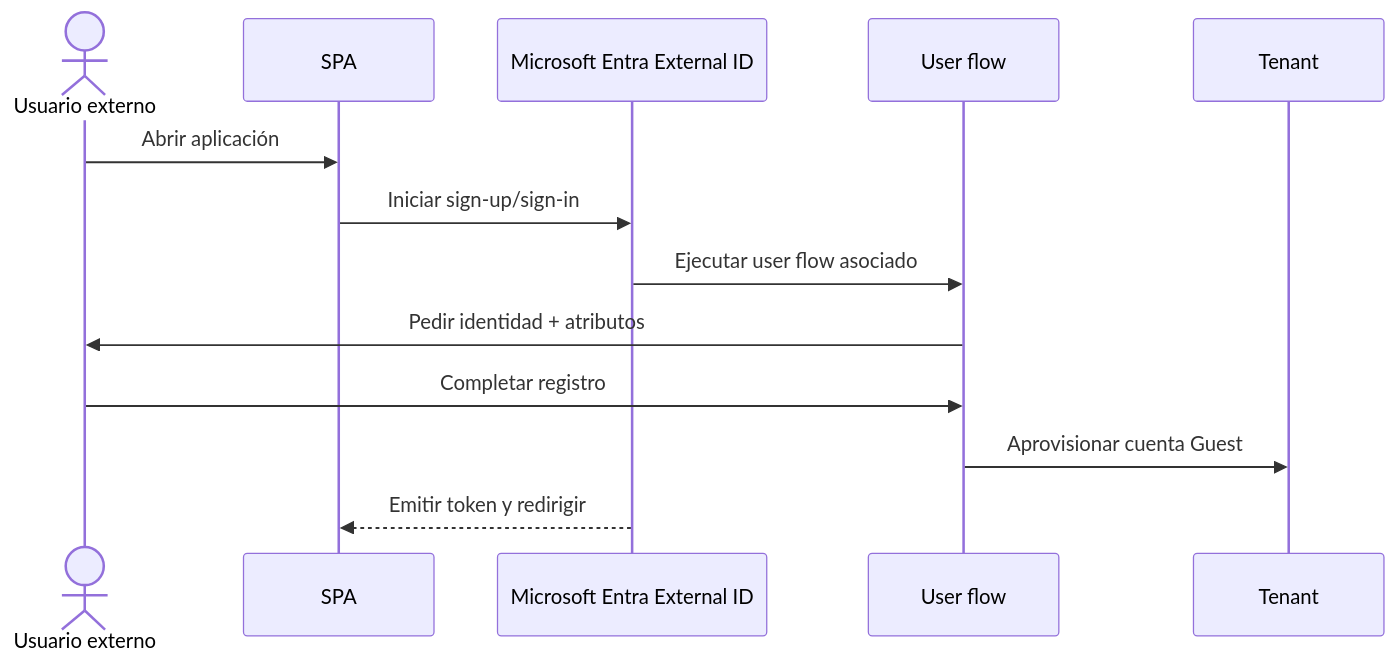
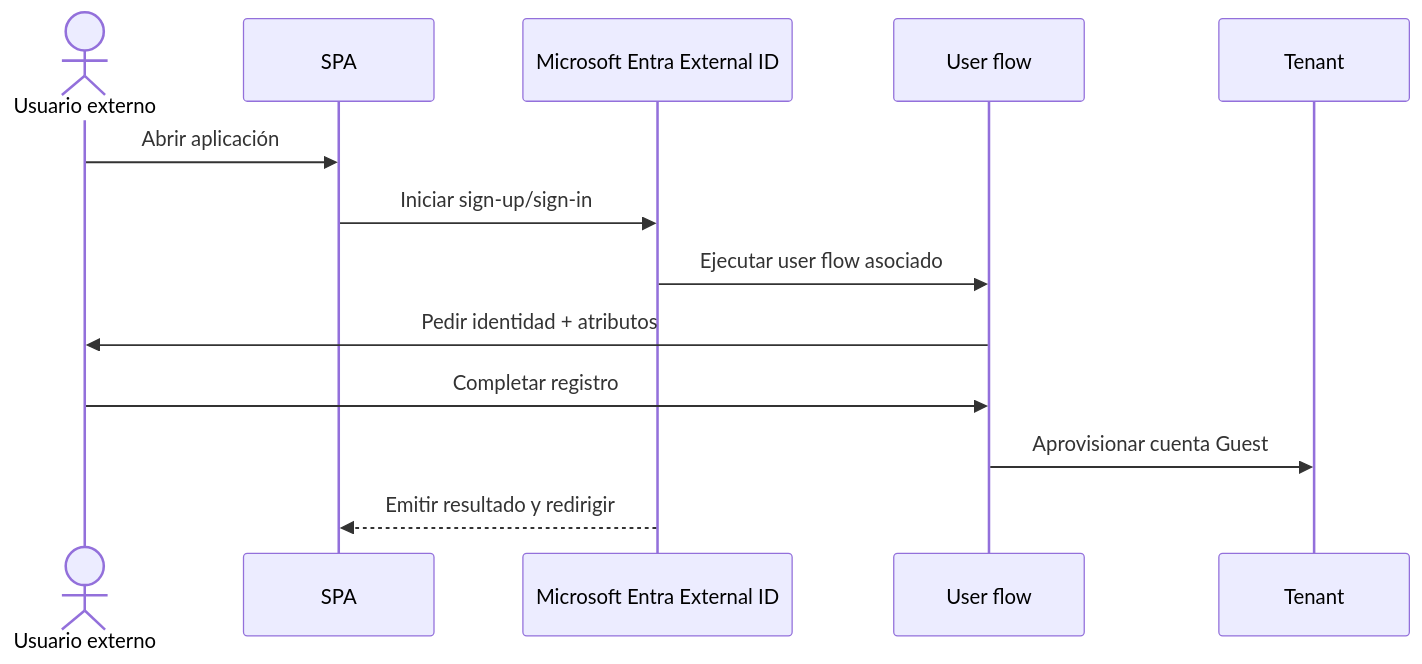
One commit to cmartinezs/DSY1107-DESARROLLO-CLOUD-NATIVE-I-2026-2 changed the third of 5 diagrams in docs/identity/entra-guia-completa/04a-self-service-introduccion.md. Above: the diagram before and after it, drawn with Mermaid. The commit also changed other lines of this file, not shown here.

Commit message:
docs(identity): renumber self-service introduction after base flow

````diff
--- a/docs/identity/entra-guia-completa/04a-self-service-introduccion.md
+++ b/docs/identity/entra-guia-completa/04a-self-service-introduccion.md
@@ -32,16 +47,16 @@
 ```mermaid
 sequenceDiagram
     actor U as Usuario externo
     participant SPA as SPA
     participant E as Microsoft Entra External ID
     participant UF as User flow
     participant T as Tenant
 
     U->>SPA: Abrir aplicación
     SPA->>E: Iniciar sign-up/sign-in
     E->>UF: Ejecutar user flow asociado
     UF->>U: Pedir identidad + atributos
     U->>UF: Completar registro
     UF->>T: Aprovisionar cuenta Guest
-    E-->>SPA: Emitir token y redirigir
+    E-->>SPA: Emitir resultado y redirigir
 ```
````
